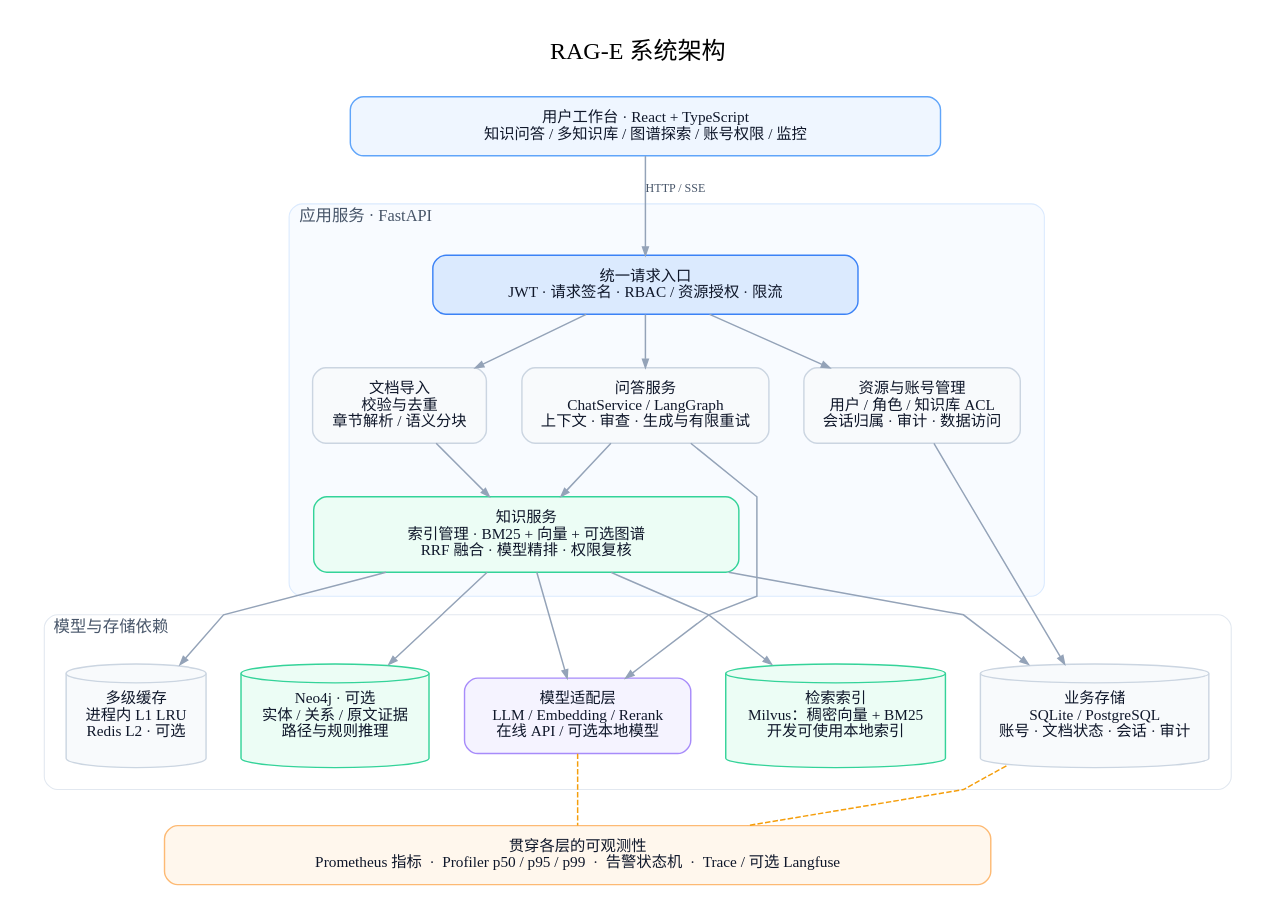
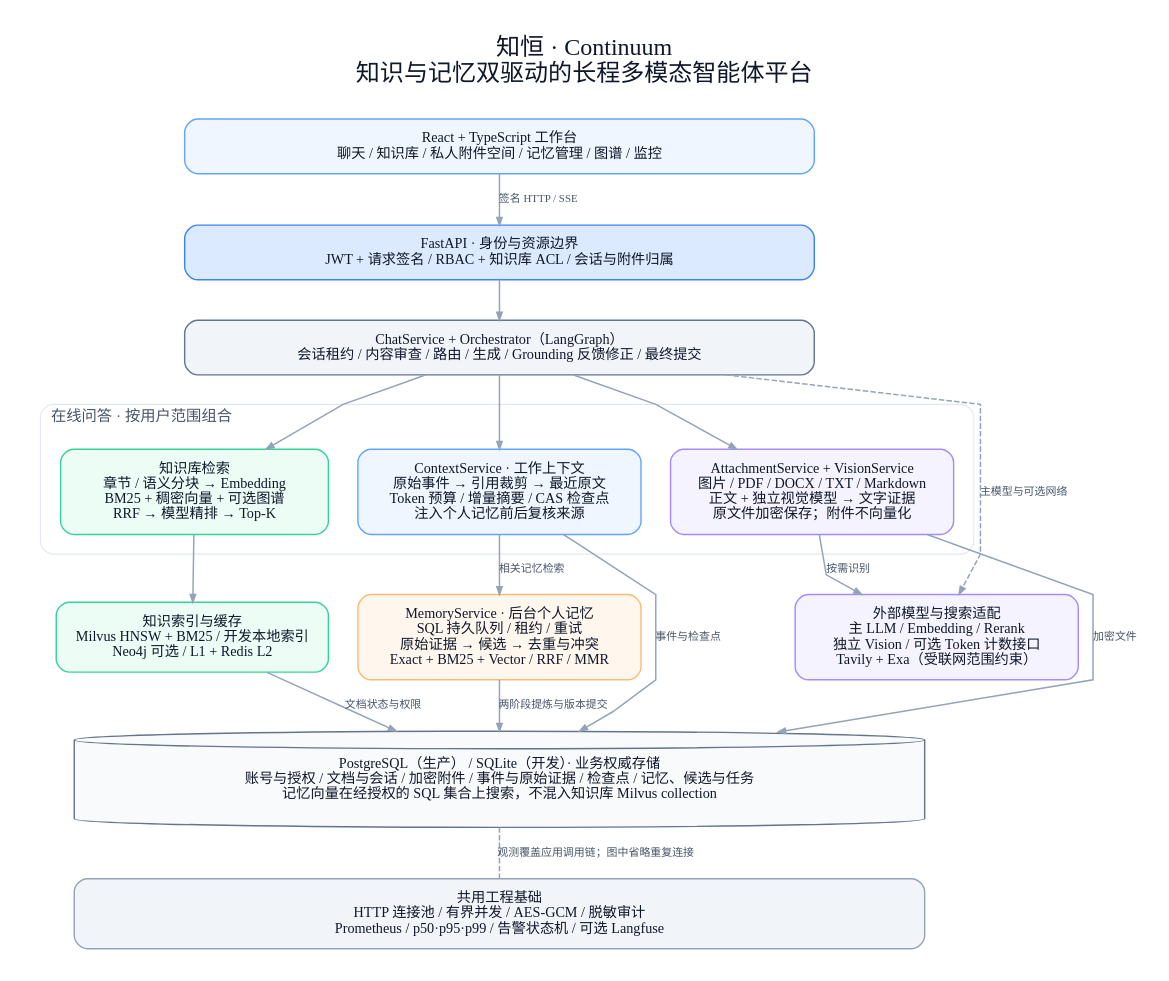
One commit to TheNorthS/Continuum changed the diagram in docs/assets/diagrams/architecture.dot. Above: the diagram before and after it, drawn with Graphviz. The commit also changed 80 other files, not shown here.

```diff
--- a/docs/assets/diagrams/architecture.dot
+++ b/docs/assets/diagrams/architecture.dot
@@ -1,60 +1,35 @@
-digraph Architecture {
-  graph [rankdir=TB, bgcolor="white", pad=0.35, nodesep=0.45, ranksep=0.65,
-         splines=polyline, fontname="Microsoft YaHei", fontsize=22,
-         labelloc=t, label="RAG-E 系统架构\n "];
+digraph G {
+
+  graph [rankdir=TB, bgcolor="white", pad=0.3, nodesep=0.38, ranksep=0.48, splines=polyline,
+         fontname="Microsoft YaHei", fontsize=22, fontcolor="#0F172A", labelloc=t];
   node [shape=box, style="rounded,filled", fillcolor="#F8FAFC", color="#CBD5E1",
-        fontname="Microsoft YaHei", fontsize=14, fontcolor="#0F172A", margin="0.22,0.16", penwidth=1.3];
-  edge [color="#94A3B8", penwidth=1.35, arrowsize=0.75, fontname="Microsoft YaHei", fontsize=11, fontcolor="#475569"];
+        fontname="Microsoft YaHei", fontsize=13, fontcolor="#0F172A", margin="0.20,0.15", penwidth=1.3];
+  edge [color="#94A3B8", penwidth=1.35, arrowsize=0.7, fontname="Microsoft YaHei", fontsize=10, fontcolor="#475569"];
 
-  ui [label="用户工作台 · React + TypeScript\n知识问答 / 多知识库 / 图谱探索 / 账号权限 / 监控",
-      fillcolor="#EFF6FF", color="#60A5FA", width=7.5];
-
-  subgraph cluster_application {
-    label="应用服务 · FastAPI"; labeljust=l; fontsize=15; fontcolor="#475569";
-    color="#DBEAFE"; bgcolor="#F8FBFF"; style="rounded"; margin=22;
-    api [label="统一请求入口\nJWT · 请求签名 · RBAC / 资源授权 · 限流",
-         fillcolor="#DBEAFE", color="#3B82F6", width=5.4];
-    ingest [label="文档导入\n校验与去重\n章节解析 / 语义分块"];
-    chat [label="问答服务\nChatService / LangGraph\n上下文 · 审查 · 生成与有限重试"];
-    admin [label="资源与账号管理\n用户 / 角色 / 知识库 ACL\n会话归属 · 审计 · 数据访问"];
-    {rank=same; ingest; chat; admin;}
-    knowledge [label="知识服务\n索引管理 · BM25 + 向量 + 可选图谱\nRRF 融合 · 模型精排 · 权限复核",
-               fillcolor="#ECFDF5", color="#34D399", width=5.4];
-    api -> ingest;
-    api -> chat;
-    api -> admin;
-    ingest -> knowledge;
-    chat -> knowledge;
+  label="知恒 · Continuum\n知识与记忆双驱动的长程多模态智能体平台\n ";
+  ui [label="React + TypeScript 工作台\n聊天 / 知识库 / 私人附件空间 / 记忆管理 / 图谱 / 监控", fillcolor="#EFF6FF", color="#60A5FA", width=8.0];
+  api [label="FastAPI · 身份与资源边界\nJWT + 请求签名 / RBAC + 知识库 ACL / 会话与附件归属", fillcolor="#DBEAFE", color="#3B82F6", width=8.0];
+  chat [label="ChatService + Orchestrator（LangGraph）\n会话租约 / 内容审查 / 路由 / 生成 / Grounding 反馈修正 / 最终提交", fillcolor="#F1F5F9", color="#64748B", width=8.0];
+  ui -> api [label="签名 HTTP / SSE"]; api -> chat;
+  subgraph cluster_sources {
+    label="在线问答 · 按用户范围组合"; labeljust=l; fontsize=14; fontcolor="#475569";
+    color="#E2E8F0"; style="rounded"; margin=18;
+    knowledge [label="知识库检索\n章节 / 语义分块 → Embedding\nBM25 + 稠密向量 + 可选图谱\nRRF → 模型精排 → Top-K", fillcolor="#ECFDF5", color="#34D399", width=3.4];
+    context [label="ContextService · 工作上下文\n原始事件 → 引用裁剪 → 最近原文\nToken 预算 / 增量摘要 / CAS 检查点\n注入个人记忆前后复核来源", fillcolor="#EFF6FF", color="#60A5FA", width=3.6];
+    attachment [label="AttachmentService + VisionService\n图片 / PDF / DOCX / TXT / Markdown\n正文 + 独立视觉模型 → 文字证据\n原文件加密保存；附件不向量化", fillcolor="#F5F3FF", color="#A78BFA", width=3.6];
+    {rank=same; knowledge; context; attachment;}
   }
-
-  subgraph cluster_dependencies {
-    label="模型与存储依赖"; labeljust=l; fontsize=15; fontcolor="#475569";
-    color="#E2E8F0"; style="rounded"; margin=20;
-    models [label="模型适配层\nLLM / Embedding / Rerank\n在线 API / 可选本地模型",
-            fillcolor="#F5F3FF", color="#A78BFA"];
-    vector [label="检索索引\nMilvus：稠密向量 + BM25\n开发可使用本地索引", shape=cylinder,
-            fillcolor="#ECFDF5", color="#34D399"];
-    neo [label="Neo4j · 可选\n实体 / 关系 / 原文证据\n路径与规则推理", shape=cylinder,
-         fillcolor="#ECFDF5", color="#34D399"];
-    cache [label="多级缓存\n进程内 L1 LRU\nRedis L2 · 可选", shape=cylinder];
-    sql [label="业务存储\nSQLite / PostgreSQL\n账号 · 文档状态 · 会话 · 审计", shape=cylinder];
-    {rank=same; models; vector; neo; cache; sql;}
-  }
-
-  obs [label="贯穿各层的可观测性\nPrometheus 指标  ·  Profiler p50 / p95 / p99  ·  告警状态机  ·  Trace / 可选 Langfuse",
-       fillcolor="#FFF7ED", color="#FDBA74", width=10.5];
-
-  ui -> api [label="HTTP / SSE"];
-  chat -> models;
-  knowledge -> models;
-  knowledge -> vector;
-  knowledge -> neo;
-  knowledge -> cache;
-  admin -> sql;
-  knowledge -> sql;
-  models -> obs [style=dashed, color="#F59E0B", arrowhead=none];
-  sql -> obs [style=dashed, color="#F59E0B", arrowhead=none];
-  vector -> obs [style=invis];
-  neo -> obs [style=invis];
-  cache -> obs [style=invis];
+  chat -> knowledge; chat -> context; chat -> attachment;
+  index [label="知识索引与缓存\nMilvus HNSW + BM25 / 开发本地索引\nNeo4j 可选 / L1 + Redis L2", fillcolor="#ECFDF5", color="#34D399", width=3.4];
+  memory [label="MemoryService · 后台个人记忆\nSQL 持久队列 / 租约 / 重试\n原始证据 → 候选 → 去重与冲突\nExact + BM25 + Vector / RRF / MMR", fillcolor="#FFF7ED", color="#FDBA74", width=3.6];
+  models [label="外部模型与搜索适配\n主 LLM / Embedding / Rerank\n独立 Vision / 可选 Token 计数接口\nTavily + Exa（受联网范围约束）", fillcolor="#F5F3FF", color="#A78BFA", width=3.6];
+  {rank=same; index; memory; models;}
+  knowledge -> index; context -> memory [label="相关记忆检索"]; attachment -> models [label="按需识别"];
+  chat -> models [style=dashed, constraint=false, label="主模型与可选网络"];
+  sql [shape=cylinder, label="PostgreSQL（生产） / SQLite（开发）· 业务权威存储\n账号与授权 / 文档与会话 / 加密附件 / 事件与原始证据 / 检查点 / 记忆、候选与任务\n记忆向量在经授权的 SQL 集合上搜索，不混入知识库 Milvus collection", fillcolor="#F8FAFC", color="#64748B", width=10.8];
+  index -> sql [label="文档状态与权限"]; memory -> sql [label="两阶段提炼与版本提交"];
+  models -> sql [style=invis]; context -> sql [constraint=false, label="事件与检查点"];
+  attachment -> sql [constraint=false, label="加密文件"];
+  obs [label="共用工程基础\nHTTP 连接池 / 有界并发 / AES-GCM / 脱敏审计\nPrometheus / p50·p95·p99 / 告警状态机 / 可选 Langfuse", fillcolor="#F1F5F9", color="#94A3B8", width=10.8];
+  sql -> obs [style=dashed, arrowhead=none, label="观测覆盖应用调用链；图中省略重复连接"];
 }
```
